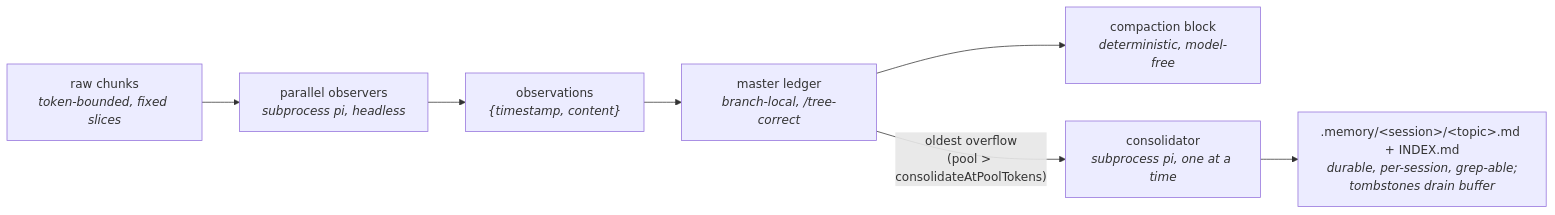
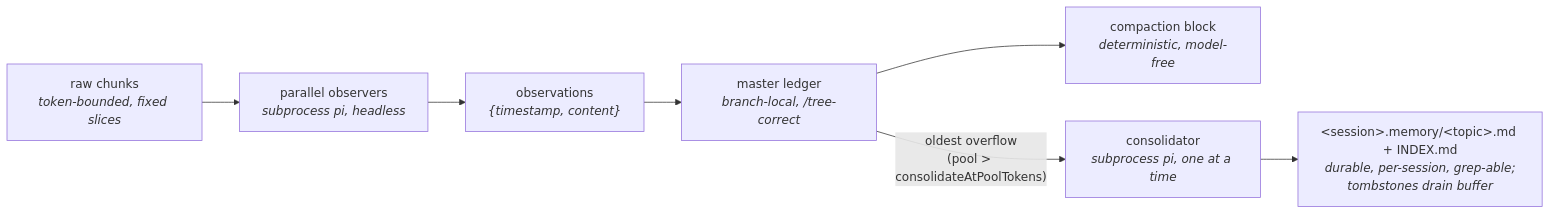
One commit to casret/pi-observational-memory changed the diagram in README.md. Above: the diagram before and after it, drawn with Mermaid. The commit also changed other lines of this file and 10 other files, not shown here.

````diff
--- a/README.md
+++ b/README.md
@@ -19,13 +19,13 @@
 ```mermaid
 flowchart LR
     A["raw chunks<br/><i>token-bounded, fixed slices</i>"]
     B["parallel observers<br/><i>subprocess pi, headless</i>"]
     C["observations<br/><i>{timestamp, content}</i>"]
     D["master ledger<br/><i>branch-local, /tree-correct</i>"]
     E["compaction block<br/><i>deterministic, model-free</i>"]
     F["consolidator<br/><i>subprocess pi, one at a time</i>"]
-    G[".memory/&lt;session&gt;/&lt;topic&gt;.md + INDEX.md<br/><i>durable, per-session, grep-able;<br/>tombstones drain buffer</i>"]
+    G["&lt;session&gt;.memory/&lt;topic&gt;.md + INDEX.md<br/><i>durable, per-session, grep-able;<br/>tombstones drain buffer</i>"]
 
     A --> B --> C --> D --> E
     D -- "oldest overflow<br/>(pool > consolidateAtPoolTokens)" --> F --> G
 ```
````
